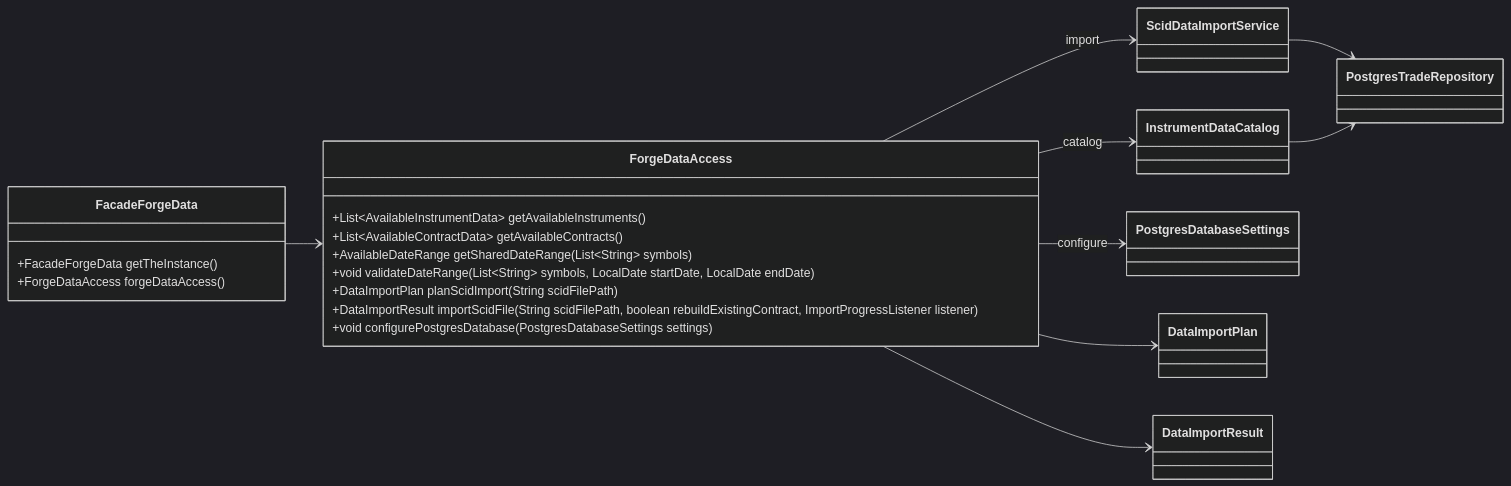
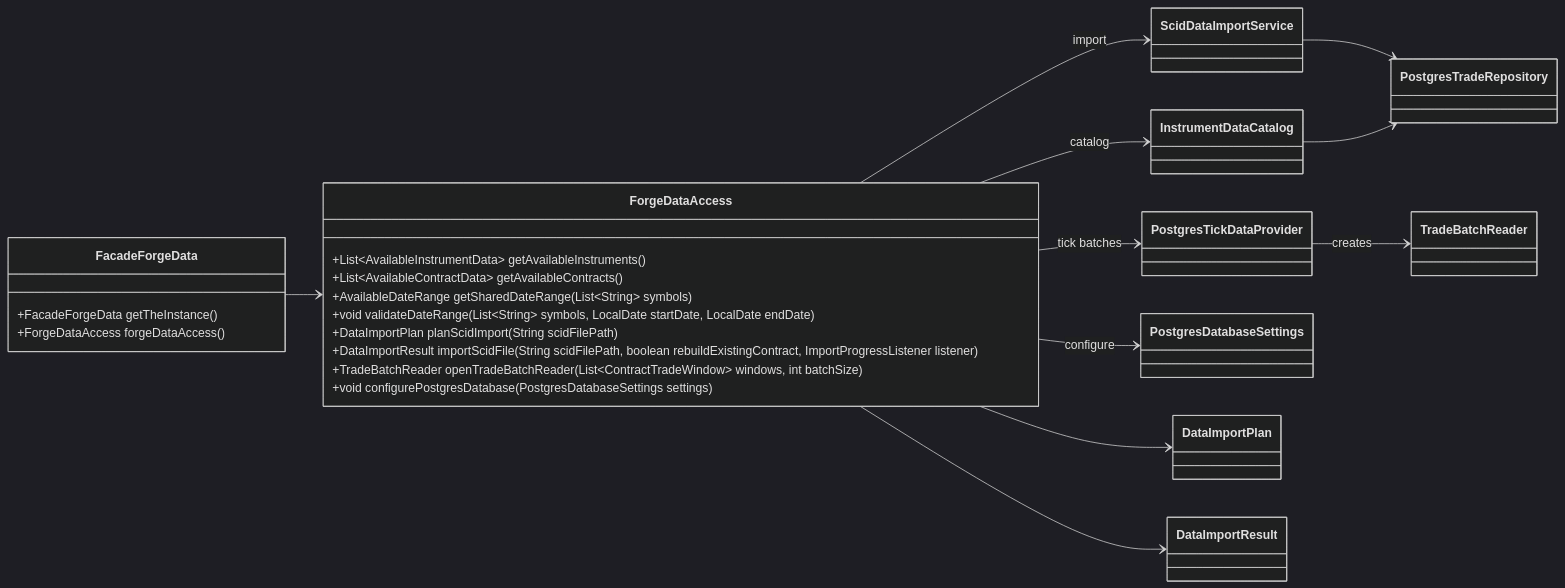
One commit to probst-paul/FORGE changed the sixth of 19 diagrams in class-model.md. Above: the diagram before and after it, drawn with Mermaid (dark theme). The commit also changed other lines of this file and 10 other files, not shown here.

First line of the commit message:
Add trade-batch reader and Postgres tick provider

````diff
--- a/class-model.md
+++ b/class-model.md
@@ -377,35 +377,40 @@
 ```mermaid
 classDiagram
     direction LR
 
     class FacadeForgeData {
         +FacadeForgeData getTheInstance()
         +ForgeDataAccess forgeDataAccess()
     }
 
     class ForgeDataAccess {
         +List~AvailableInstrumentData~ getAvailableInstruments()
         +List~AvailableContractData~ getAvailableContracts()
         +AvailableDateRange getSharedDateRange(List~String~ symbols)
         +void validateDateRange(List~String~ symbols, LocalDate startDate, LocalDate endDate)
         +DataImportPlan planScidImport(String scidFilePath)
         +DataImportResult importScidFile(String scidFilePath, boolean rebuildExistingContract, ImportProgressListener listener)
+        +TradeBatchReader openTradeBatchReader(List~ContractTradeWindow~ windows, int batchSize)
         +void configurePostgresDatabase(PostgresDatabaseSettings settings)
     }
 
     class InstrumentDataCatalog
     class ScidDataImportService
     class PostgresTradeRepository
+    class PostgresTickDataProvider
     class PostgresDatabaseSettings
+    class TradeBatchReader
     class DataImportPlan
     class DataImportResult
 
     FacadeForgeData --> ForgeDataAccess
     ForgeDataAccess --> InstrumentDataCatalog : catalog
     ForgeDataAccess --> ScidDataImportService : import
+    ForgeDataAccess --> PostgresTickDataProvider : tick batches
     ForgeDataAccess --> PostgresDatabaseSettings : configure
     ScidDataImportService --> PostgresTradeRepository
     InstrumentDataCatalog --> PostgresTradeRepository
+    PostgresTickDataProvider --> TradeBatchReader : creates
     ForgeDataAccess --> DataImportPlan
     ForgeDataAccess --> DataImportResult
 ```
````
